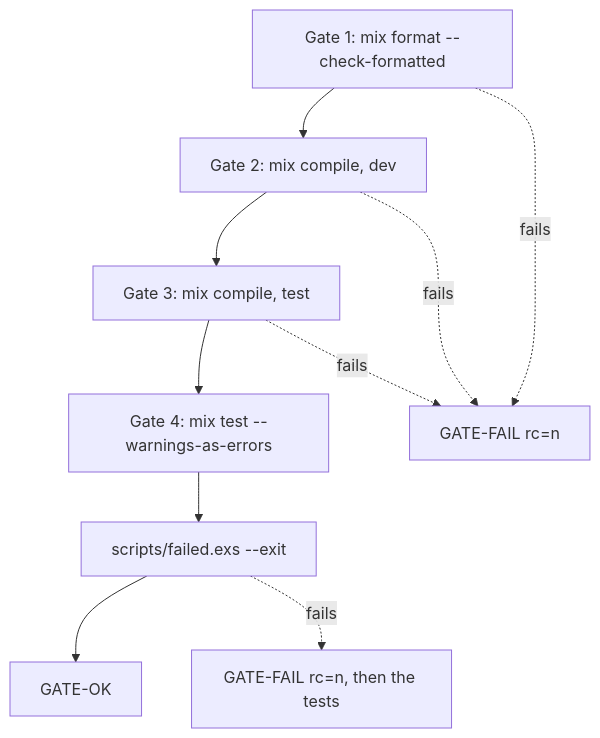
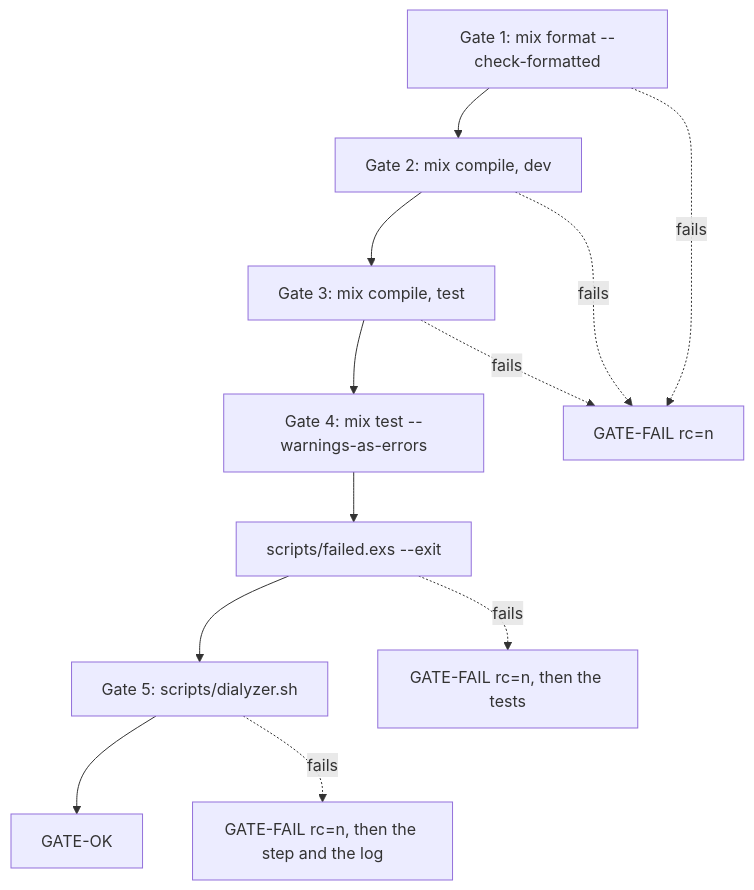
The second of 2 diagrams in docs/contributing/toolchain.md (rellen/logex), drawn with Mermaid before and after one commit. The commit also changed other lines of this file and 8 other files, not shown here.

First line of the commit message:
DOC-1 step 2 close: the gate's 5 steps, Dialyzer the fifth, as main has it

````diff
--- a/docs/contributing/toolchain.md
+++ b/docs/contributing/toolchain.md
@@ -157,12 +157,14 @@
 ```mermaid
 flowchart TD
   format["Gate 1: mix format --check-formatted"] --> compile["Gate 2: mix compile, dev"]
   compile --> test_compile["Gate 3: mix compile, test"]
   test_compile --> suite["Gate 4: mix test --warnings-as-errors"]
   suite --> failed["scripts/failed.exs --exit"]
-  failed --> ok["GATE-OK"]
+  failed --> dialyzer["Gate 5: scripts/dialyzer.sh"]
+  dialyzer --> ok["GATE-OK"]
   format -. fails .-> fail["GATE-FAIL rc=n"]
   compile -. fails .-> fail
   test_compile -. fails .-> fail
   failed -. fails .-> named["GATE-FAIL rc=n, then the tests"]
+  dialyzer -. fails .-> step["GATE-FAIL rc=n, then the step and the log"]
 ```
````
